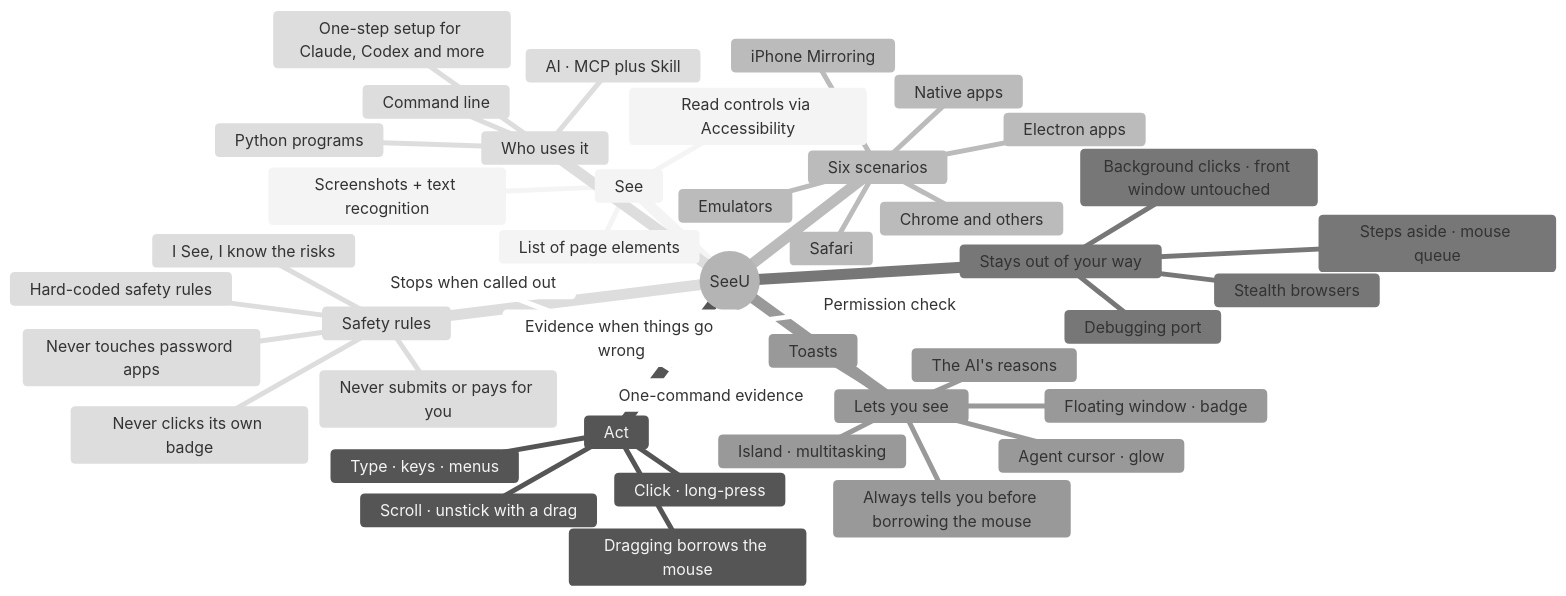
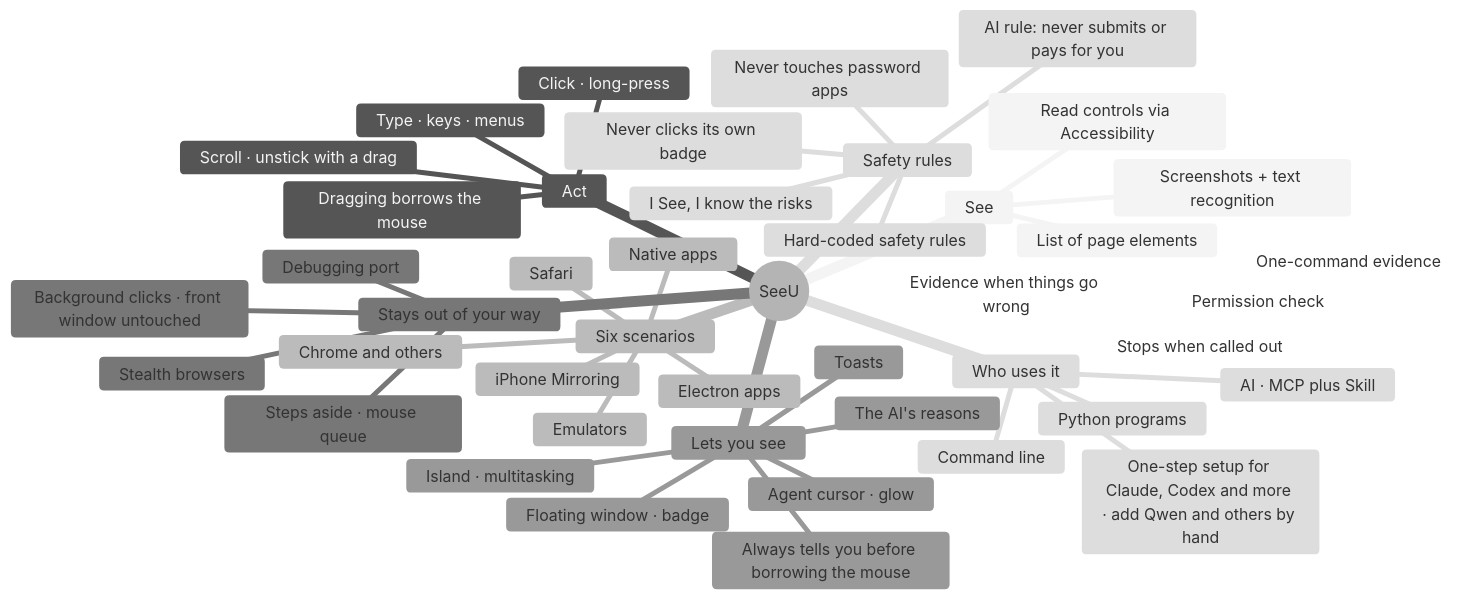
Before and after one commit to Mr-Bingoo/seeu-computeruse: diagram 13 of 13 in docs/SeeU-diagrams.md, drawn with Mermaid (neutral theme). The commit also changed other lines of this file and 47 other files, not shown here.

````diff
--- a/docs/SeeU-diagrams.md
+++ b/docs/SeeU-diagrams.md
@@ -397,47 +561,47 @@
 ```mermaid
 mindmap
   root((SeeU))
     See
       Screenshots + text recognition
       Read controls via Accessibility
       List of page elements
     Act
       Click · long-press
       Type · keys · menus
       Scroll · unstick with a drag
       Dragging borrows the mouse
     Six scenarios
       Safari
       Chrome and others
       Electron apps
       Native apps
       Emulators
       iPhone Mirroring
     Stays out of your way
       Background clicks · front window untouched
       Steps aside · mouse queue
       Stealth browsers
       Debugging port
     Lets you see
       Floating window · badge
       Island · multitasking
       Agent cursor · glow
       Toasts
       The AI's reasons
       Always tells you before borrowing the mouse
     Safety rules
       Hard-coded safety rules
       Never touches password apps
       Never clicks its own badge
-      Never submits or pays for you
+      AI rule: never submits or pays for you
       I See, I know the risks
     Evidence when things go wrong
       Permission check
       One-command evidence
       Stops when called out
     Who uses it
       Python programs
       AI · MCP plus Skill
-      One-step setup for Claude, Codex and more
+      One-step setup for Claude, Codex and more · add Qwen and others by hand
       Command line
 ```
````
